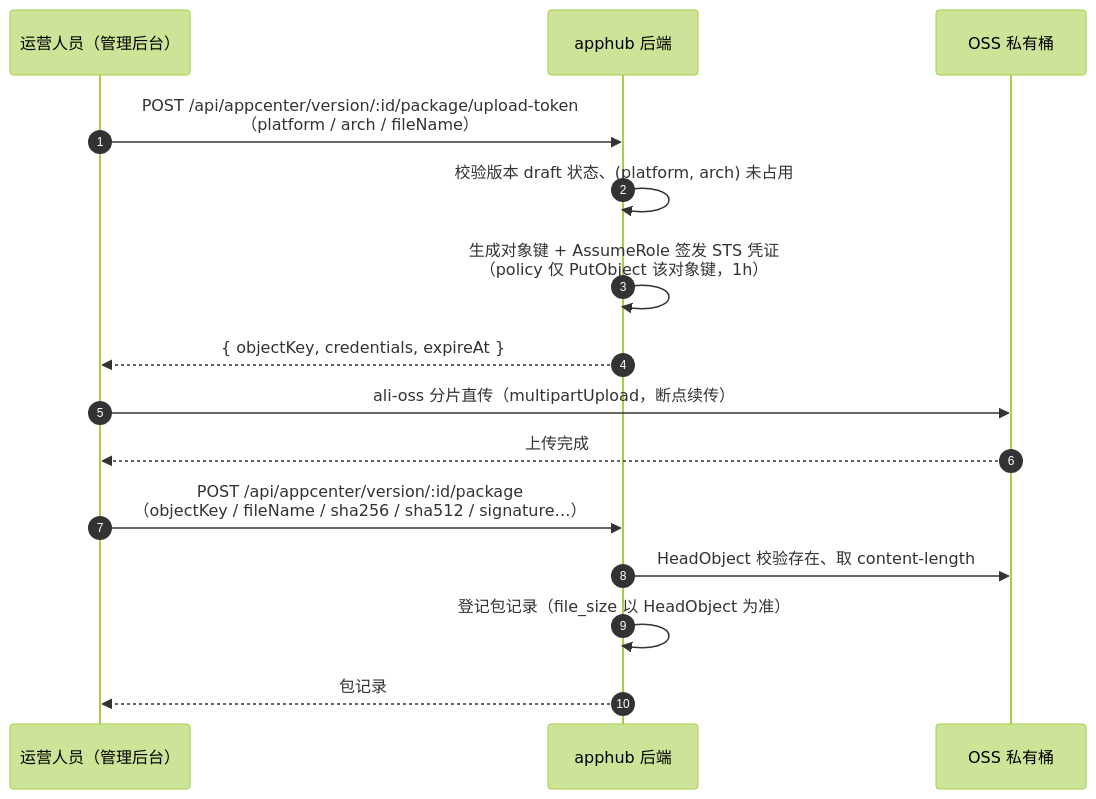
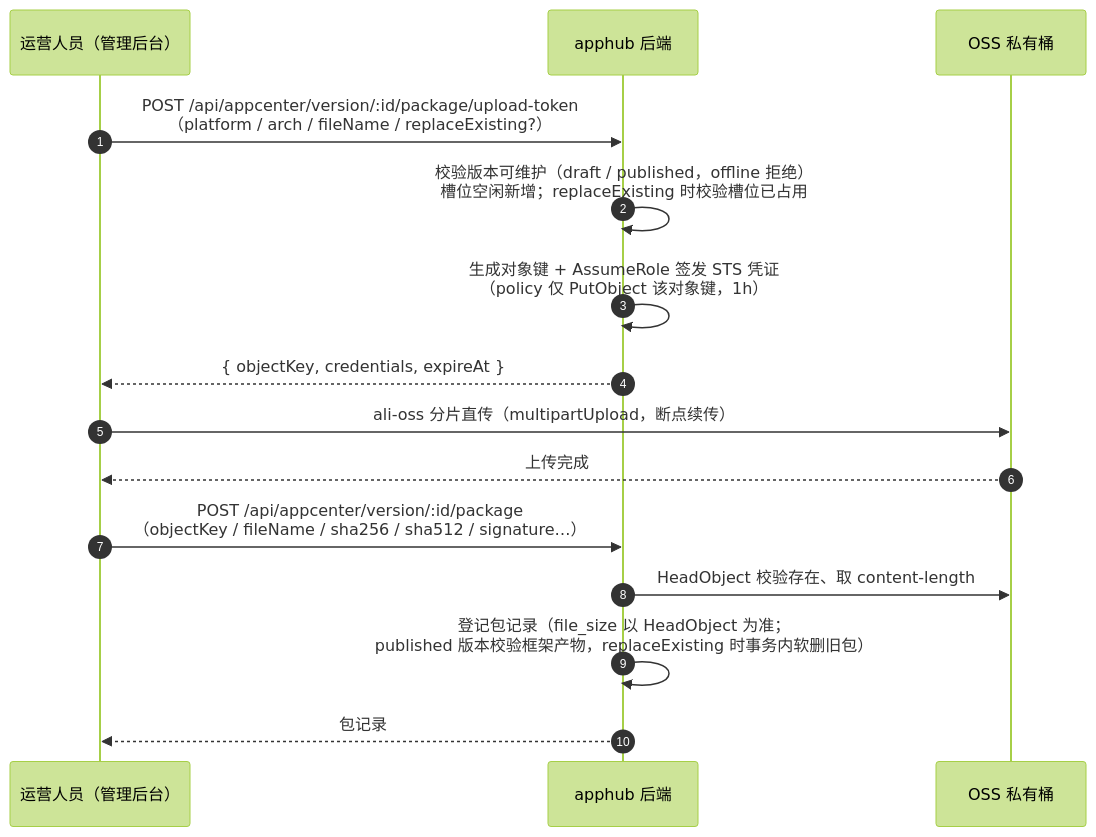
The first of 3 diagrams in docs/应用管理平台/应用与版本管理设计.md (Harley-xk/apphub), drawn with Mermaid (forest theme) before and after one commit. The commit also changed other lines of this file and 14 other files, not shown here.

````diff
--- a/docs/应用管理平台/应用与版本管理设计.md
+++ b/docs/应用管理平台/应用与版本管理设计.md
@@ -97,17 +97,17 @@
 ```mermaid
 sequenceDiagram
     autonumber
     participant U as 运营人员（管理后台）
     participant S as apphub 后端
     participant OSS as OSS 私有桶
-    U->>S: POST /api/appcenter/version/:id/package/upload-token<br/>（platform / arch / fileName）
-    S->>S: 校验版本 draft 状态、(platform, arch) 未占用
+    U->>S: POST /api/appcenter/version/:id/package/upload-token<br/>（platform / arch / fileName / replaceExisting?）
+    S->>S: 校验版本可维护（draft / published，offline 拒绝）<br/>槽位空闲新增；replaceExisting 时校验槽位已占用
     S->>S: 生成对象键 + AssumeRole 签发 STS 凭证<br/>（policy 仅 PutObject 该对象键，1h）
     S-->>U: { objectKey, credentials, expireAt }
     U->>OSS: ali-oss 分片直传（multipartUpload，断点续传）
     OSS-->>U: 上传完成
     U->>S: POST /api/appcenter/version/:id/package<br/>（objectKey / fileName / sha256 / sha512 / signature…）
     S->>OSS: HeadObject 校验存在、取 content-length
-    S->>S: 登记包记录（file_size 以 HeadObject 为准）
+    S->>S: 登记包记录（file_size 以 HeadObject 为准；<br/>published 版本校验框架产物，replaceExisting 时事务内软删旧包）
     S-->>U: 包记录
 ```
````
